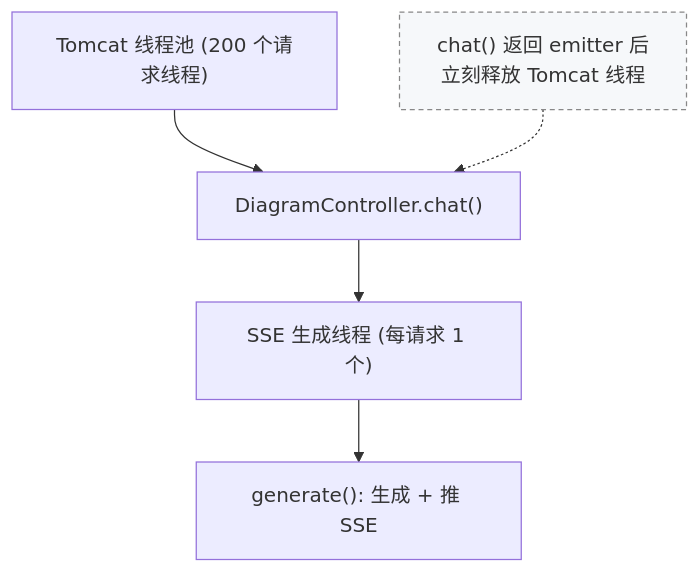
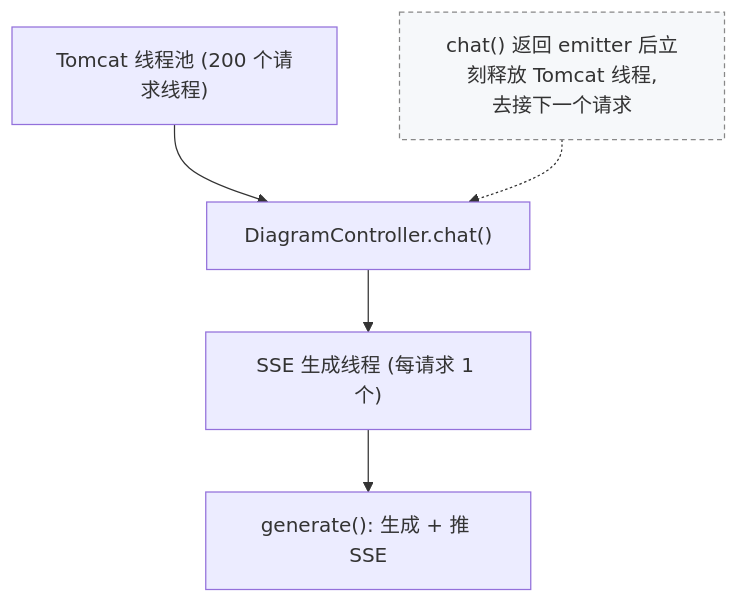
Before and after one commit to Nihao7-L/flowchart-ai: the ninth of 13 diagrams in workbuddyFlow/docs/FlowAI架构与交互机制.md, drawn with Mermaid. The commit also changed other lines of this file and 37 other files, not shown here.

````diff
--- a/workbuddyFlow/docs/FlowAI架构与交互机制.md
+++ b/workbuddyFlow/docs/FlowAI架构与交互机制.md
@@ -295,11 +284,11 @@
 ```mermaid
 flowchart TB
   TP["Tomcat 线程池 (200 个请求线程)"]
   CH["DiagramController.chat()"]
   ST["SSE 生成线程 (每请求 1 个)"]
   GEN["generate(): 生成 + 推 SSE"]
   TP --> CH --> ST --> GEN
-  N["chat() 返回 emitter 后<br/>立刻释放 Tomcat 线程"]
+  N["chat() 返回 emitter 后立刻释放 Tomcat 线程,<br/>去接下一个请求"]
   N -.-> CH
   style N fill:#f6f8fa,stroke:#888,stroke-dasharray:4 3
 ```
````
